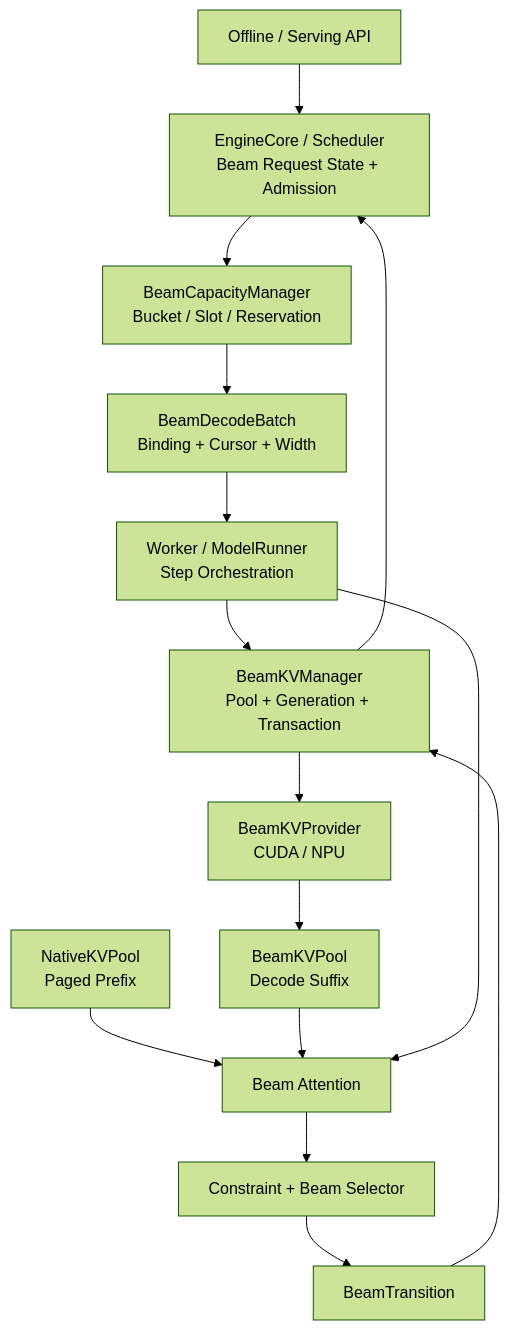
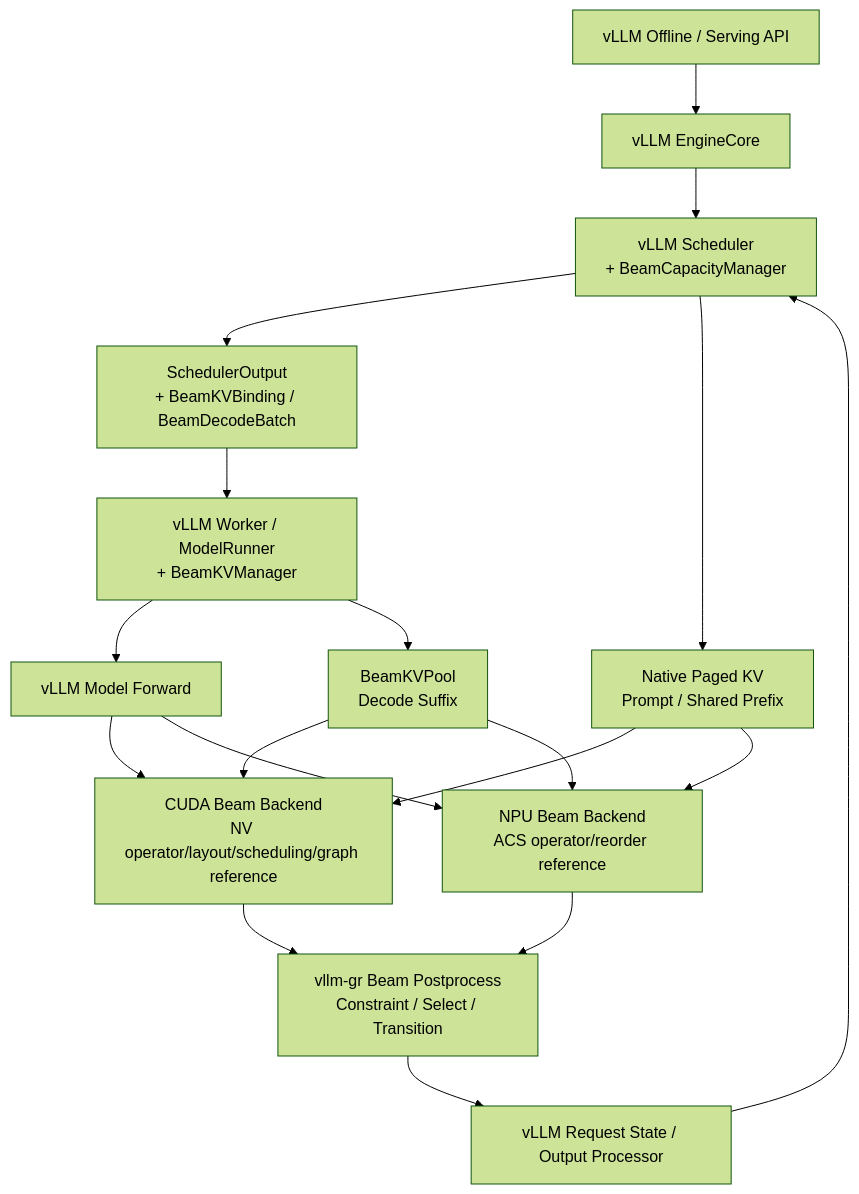
Before and after one commit to zhanghanleo10/gr-related: the first of 13 diagrams in GR/beam_incremental_decode_unified_architecture_design.md, drawn with Mermaid (forest theme). The commit also changed other lines of this file, not shown here.

Commit message:
docs: make Beam incremental decode architecture vLLM-first

````diff
--- a/GR/beam_incremental_decode_unified_architecture_design.md
+++ b/GR/beam_incremental_decode_unified_architecture_design.md
@@ -217,30 +131,29 @@
 ```mermaid
 flowchart TB
-    API["Offline / Serving API"]
-    SCH["EngineCore / Scheduler<br/>Beam Request State + Admission"]
-    CAP["BeamCapacityManager<br/>Bucket / Slot / Reservation"]
-    BATCH["BeamDecodeBatch<br/>Binding + Cursor + Width"]
-    WRK["Worker / ModelRunner<br/>Step Orchestration"]
-    KVM["BeamKVManager<br/>Pool + Generation + Transaction"]
-    PROV["BeamKVProvider<br/>CUDA / NPU"]
-    NAT["NativeKVPool<br/>Paged Prefix"]
-    BEAM["BeamKVPool<br/>Decode Suffix"]
-    ATT["Beam Attention"]
-    POST["Constraint + Beam Selector"]
-    TR["BeamTransition"]
+    API["vLLM Offline / Serving API"]
+    EC["vLLM EngineCore"]
+    SCH["vLLM Scheduler<br/>+ BeamCapacityManager"]
+    SO["SchedulerOutput<br/>+ BeamKVBinding / BeamDecodeBatch"]
+    WRK["vLLM Worker / ModelRunner<br/>+ BeamKVManager"]
+    MODEL["vLLM Model Forward"]
+    NKV["Native Paged KV<br/>Prompt / Shared Prefix"]
+    BKV["BeamKVPool<br/>Decode Suffix"]
+    GPU["CUDA Beam Backend<br/>NV operator/layout/scheduling/graph reference"]
+    NPU["NPU Beam Backend<br/>ACS operator/reorder reference"]
+    POST["vllm-gr Beam Postprocess<br/>Constraint / Select / Transition"]
+    OUT["vLLM Request State / Output Processor"]
 
-    API --> SCH
-    SCH --> CAP
-    CAP --> BATCH
-    BATCH --> WRK
-    WRK --> KVM
-    KVM --> PROV
-    PROV --> BEAM
-    NAT --> ATT
-    BEAM --> ATT
-    WRK --> ATT
-    ATT --> POST
-    POST --> TR
-    TR --> KVM
-    KVM --> SCH
+    API --> EC --> SCH --> SO --> WRK --> MODEL
+    SCH --> NKV
+    WRK --> BKV
+    MODEL --> GPU
+    MODEL --> NPU
+    NKV --> GPU
+    NKV --> NPU
+    BKV --> GPU
+    BKV --> NPU
+    GPU --> POST
+    NPU --> POST
+    POST --> OUT
+    OUT --> SCH
 ```
````
